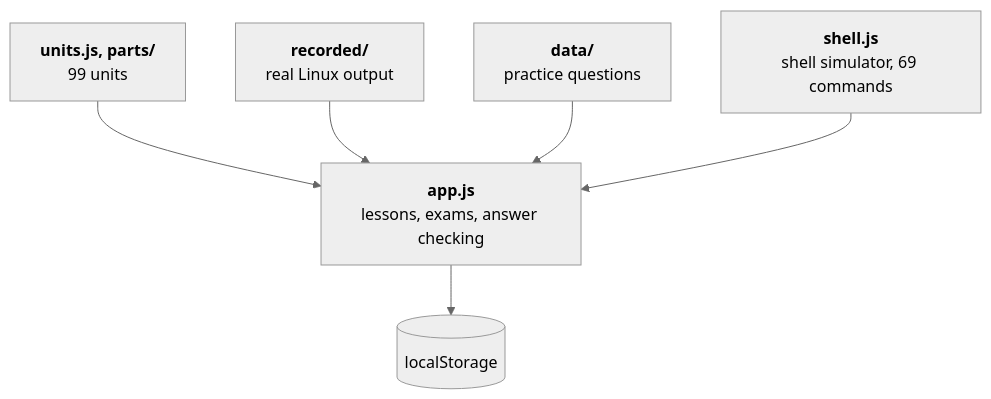
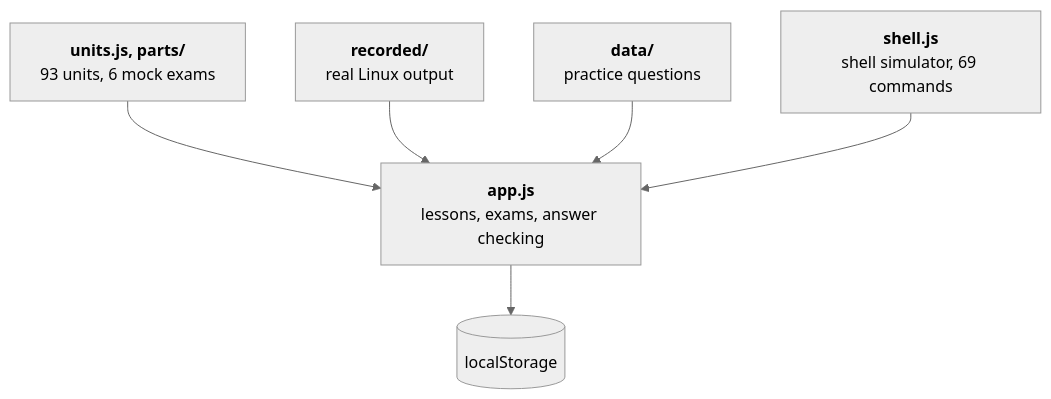
Before and after one commit to SaharHalili95/linux-master: the diagram in README.md, drawn with Mermaid (neutral theme). The commit also changed other lines of this file and 2 other files, not shown here.

````diff
--- a/README.md
+++ b/README.md
@@ -69,9 +76,9 @@
 ```mermaid
 flowchart TB
   S["<b>shell.js</b><br>shell simulator, 69 commands"]
-  U["<b>units.js, parts/</b><br>99 units"] --> A
+  U["<b>units.js, parts/</b><br>93 units, 6 mock exams"] --> A
   R["<b>recorded/</b><br>real Linux output"] --> A
   D["<b>data/</b><br>practice questions"] --> A
   S --> A["<b>app.js</b><br>lessons, exams, answer checking"]
   A --> L[("localStorage")]
 ```
````
